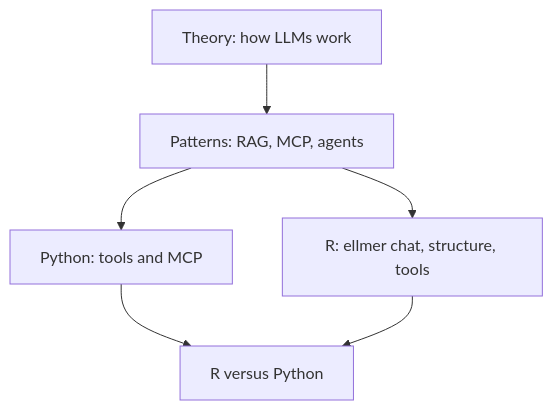
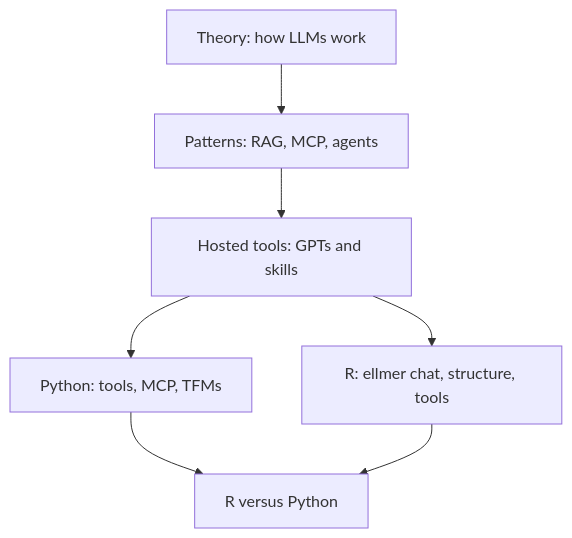
The diagram in index.qmd (bastienchassagnol/Rag-llm-playground), drawn with Mermaid before and after one commit. The commit also changed other lines of this file and 19 other files, not shown here.

First line of the commit message:
Enhance Quarto book structure with new chapters and tools

````diff
--- a/index.qmd
+++ b/index.qmd
@@ -28,11 +31,12 @@
 ```{mermaid}
 %%| label: fig-course-pipeline
-%%| fig-cap: "Course pipeline: theory, then two implementation tracks, then a comparison."
+%%| fig-cap: "Course pipeline: theory, hosted tools, then two implementation tracks."
 %%{init: {'theme': 'sandstone'}}%%
 flowchart TD
   T["Theory: how LLMs work"] --> P["Patterns: RAG, MCP, agents"]
-  P --> Py["Python: tools and MCP"]
-  P --> R["R: ellmer chat, structure, tools"]
+  P --> H["Hosted tools: GPTs and skills"]
+  H --> Py["Python: tools, MCP, TFMs"]
+  H --> R["R: ellmer chat, structure, tools"]
   Py --> C["R versus Python"]
   R --> C
 ```
````
